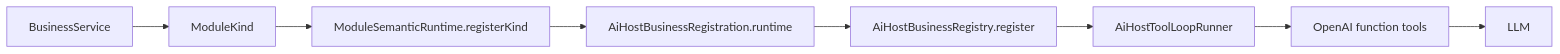
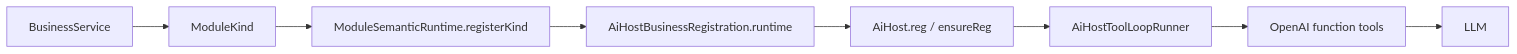
Before and after one commit to LMSpark/spark-view-vue: the first of 2 diagrams in packages/spark-ai/src/module-semantic/MODULE-KIND-REGISTRATION.md, drawn with Mermaid. The commit also changed other lines of this file and 28 other files, not shown here.

````diff
--- a/packages/spark-ai/src/module-semantic/MODULE-KIND-REGISTRATION.md
+++ b/packages/spark-ai/src/module-semantic/MODULE-KIND-REGISTRATION.md
@@ -7,10 +7,10 @@
 ```mermaid
 flowchart LR
   BusinessService["BusinessService"] --> ModuleKind["ModuleKind"]
   ModuleKind --> RegisterKind["ModuleSemanticRuntime.registerKind"]
   RegisterKind --> BusinessRuntime["AiHostBusinessRegistration.runtime"]
-  BusinessRuntime --> BusinessRegistry["AiHostBusinessRegistry.register"]
-  BusinessRegistry --> ToolLoop["AiHostToolLoopRunner"]
+  BusinessRuntime --> Host["AiHost.reg / ensureReg"]
+  Host --> ToolLoop["AiHostToolLoopRunner"]
   ToolLoop --> ProtocolTools["OpenAI function tools"]
   ProtocolTools --> LLM["LLM"]
 ```
````
